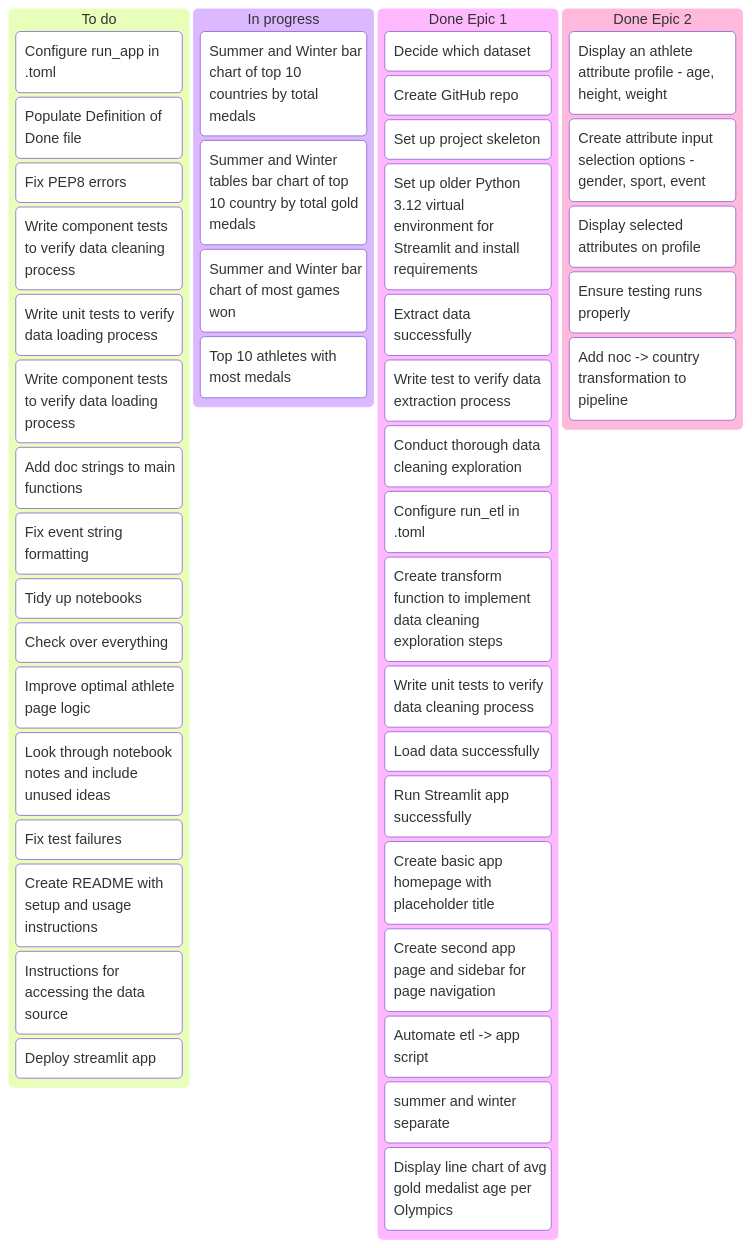
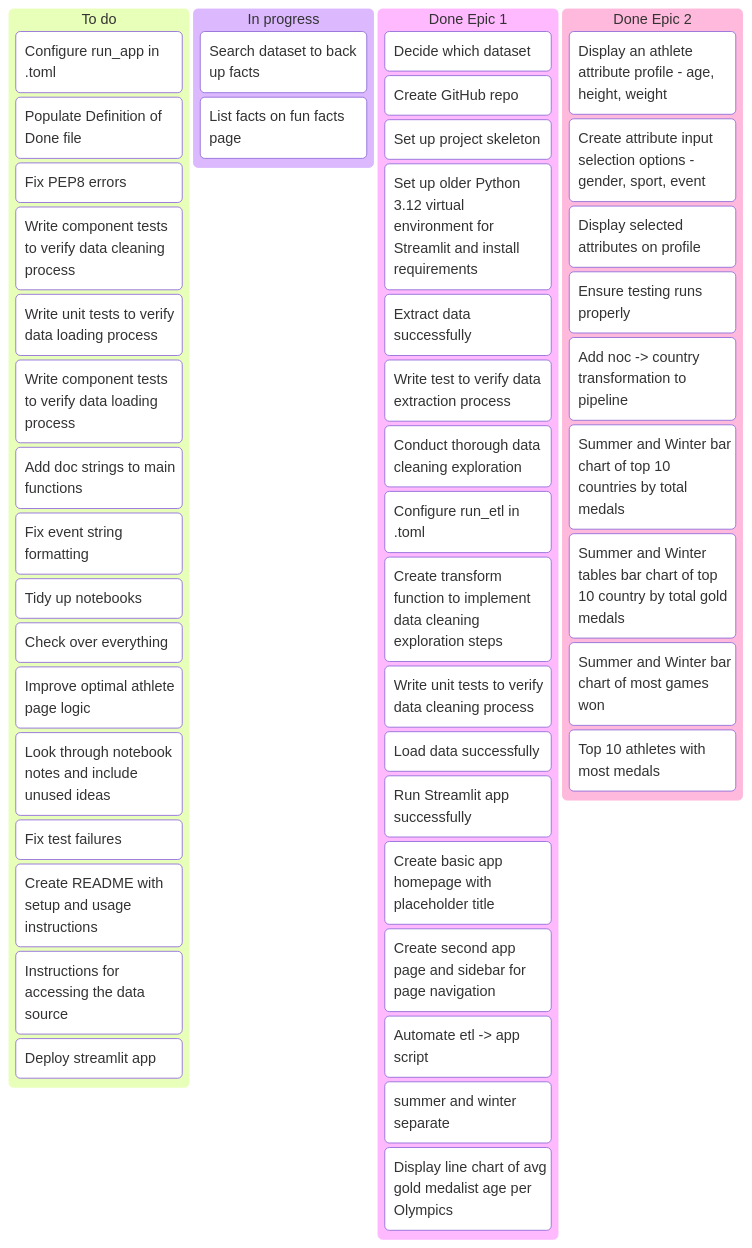
Before and after one commit to RonanD10/capstone-project: the first of 2 diagrams in docs/kanban.md, drawn with Mermaid. The commit also changed 11 other files, not shown here.

````diff
--- a/docs/kanban.md
+++ b/docs/kanban.md
@@ -3,53 +3,55 @@
 ```mermaid
 kanban
     To do
         Configure run_app in .toml
         Populate Definition of Done file
         Fix PEP8 errors
         Write component tests to verify data cleaning process 
         Write unit tests to verify data loading process 
         Write component tests to verify data loading process 
         Add doc strings to main functions
         Fix event string formatting
         Tidy up notebooks
         Check over everything       
         Improve optimal athlete page logic 
         Look through notebook notes and include unused ideas
         Fix test failures 
         Create README with setup and usage instructions
         Instructions for accessing the data source
         Deploy streamlit app 
 
     In progress
-        Summer and Winter bar chart of top 10 countries by total medals
-        Summer and Winter tables bar chart of top 10 country by total gold medals
-        Summer and Winter bar chart of most games won
-        Top 10 athletes with most medals
+        Search dataset to back up facts
+        List facts on fun facts page
 
     Done Epic 1
         Decide which dataset
         Create GitHub repo 
         Set up project skeleton
         Set up older Python 3.12 virtual environment for Streamlit and install requirements
         Extract data successfully
         Write test to verify data extraction process
         Conduct thorough data cleaning exploration
         Configure run_etl in .toml
         Create transform function to implement data cleaning exploration steps
         Write unit tests to verify data cleaning process 
         Load data successfully
         Run Streamlit app successfully
         Create basic app homepage with placeholder title
         Create second app page and sidebar for page navigation
         Automate etl -> app script
         Display ordered bar chart of avg age per event (summer and winter separate)
         Display line chart of avg gold medalist age per Olympics
 
     Done Epic 2 
         Display an athlete attribute profile - age, height, weight
         Create attribute input selection options - gender, sport, event
         Display selected attributes on profile 
         Ensure testing runs properly
         Add noc -> country transformation to pipeline 
+        Summer and Winter bar chart of top 10 countries by total medals
+        Summer and Winter tables bar chart of top 10 country by total gold medals
+        Summer and Winter bar chart of most games won
+        Top 10 athletes with most medals
         
 ```
````
